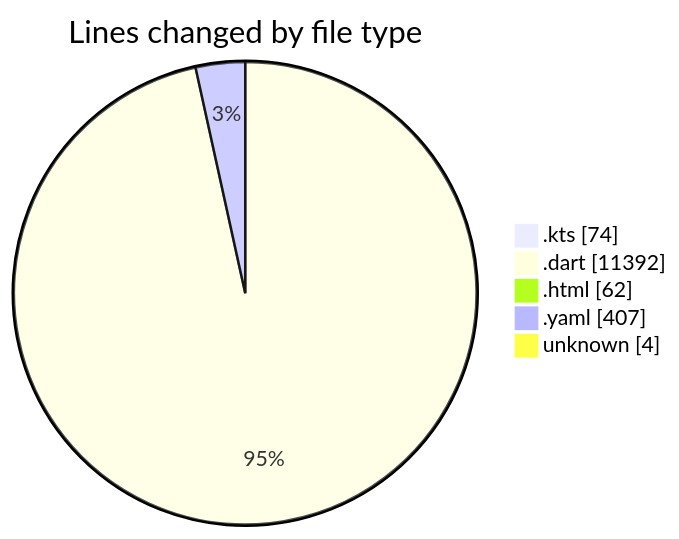
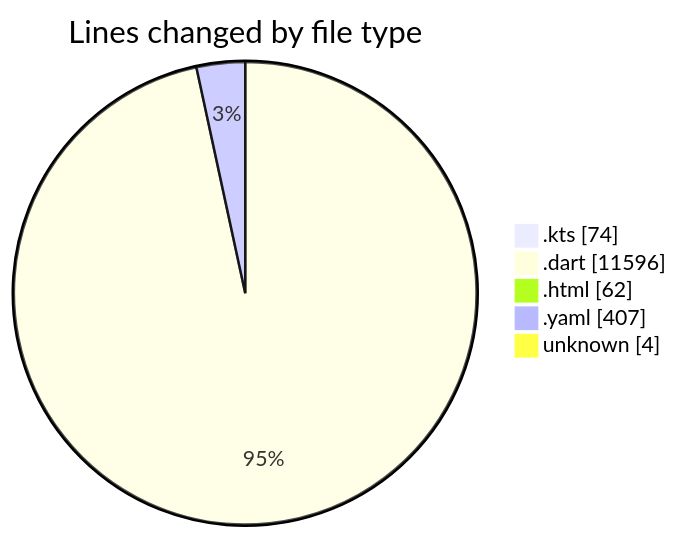
Before and after one commit to lephambinh05/code-tracking: the first of 2 diagrams in 2025-08-03/studybuddy/README.md, drawn with Mermaid. The commit also changed other lines of this file and 1 other file, not shown here.

````diff
--- a/2025-08-03/studybuddy/README.md
+++ b/2025-08-03/studybuddy/README.md
@@ -62,9 +62,9 @@
 ```mermaid
 pie showData
 title Lines changed by file type
 ".kts" : 74
-".dart" : 11392
+".dart" : 11596
 ".html" : 62
 ".yaml" : 407
 "unknown" : 4
 ```
````
